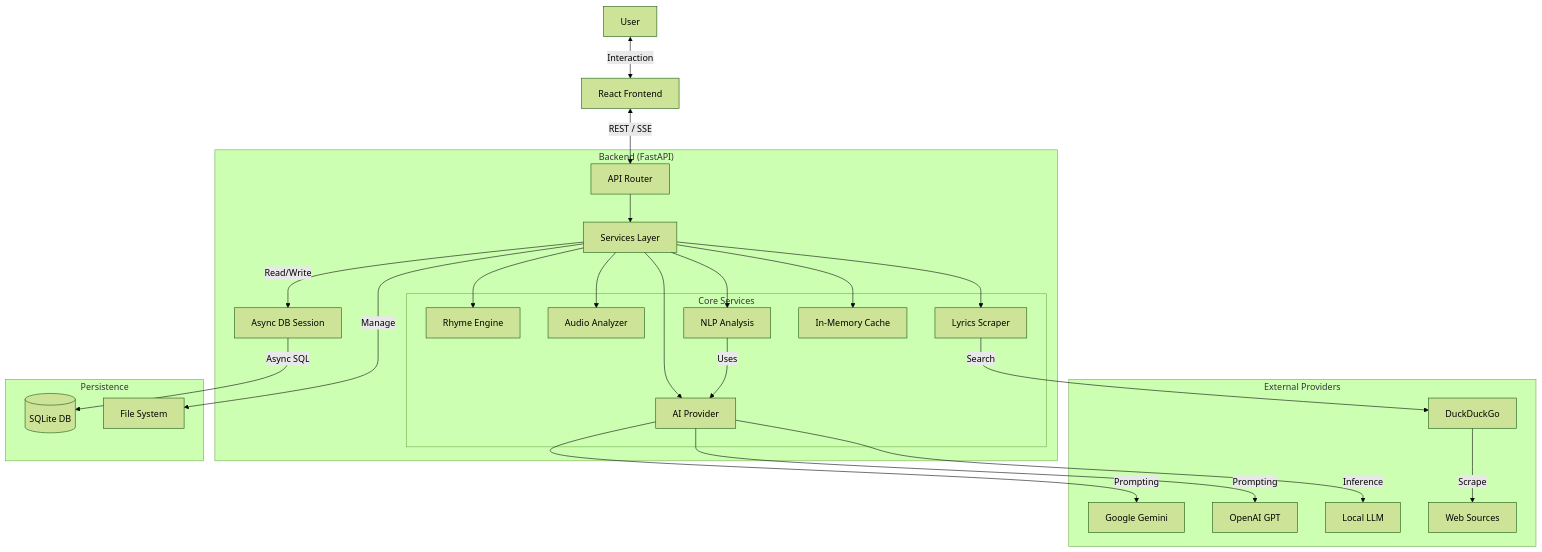
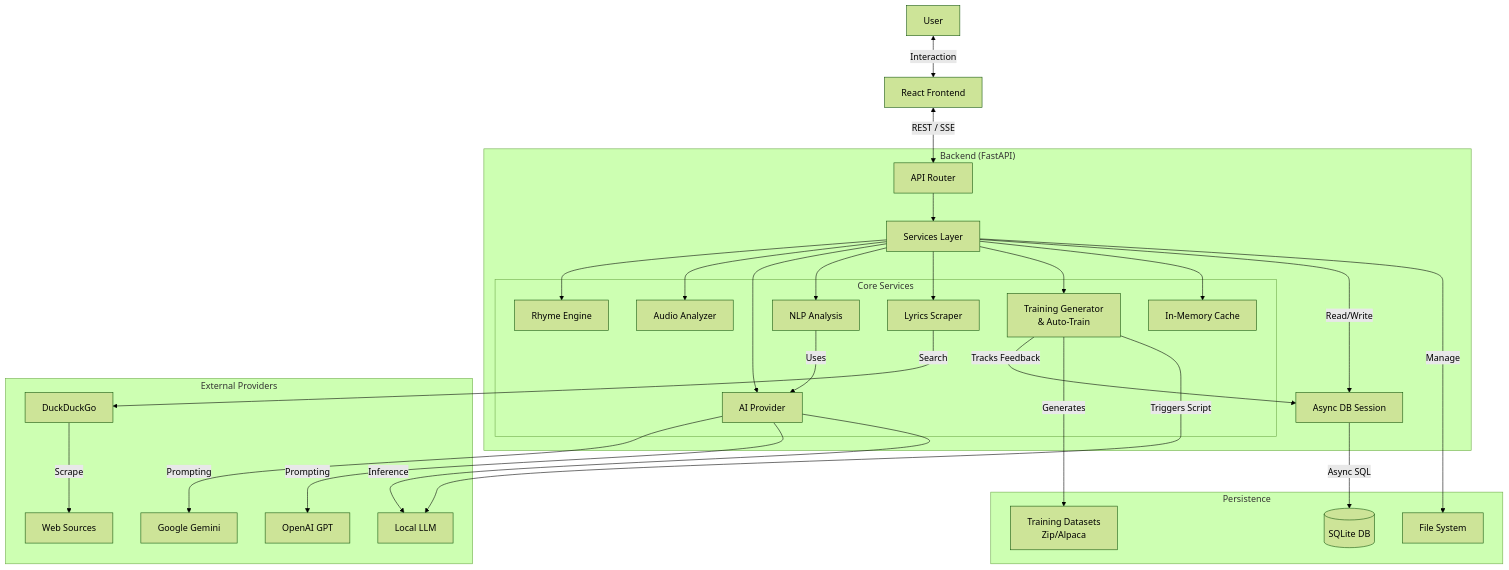
Before and after one commit to ChiragNSundar/VibeLyrics: the diagram in README.md, drawn with Mermaid (forest theme). The commit also changed other lines of this file and 8 other files, not shown here.

````diff
--- a/README.md
+++ b/README.md
@@ -108,57 +114,63 @@
 ```mermaid
 graph TD
     Client[React Frontend]
     User[User]
     
     subgraph "Backend (FastAPI)"
         API[API Router]
         Services[Services Layer]
         DB_Layer[Async DB Session]
         
         subgraph "Core Services"
             Rhyme[Rhyme Engine]
             Audio[Audio Analyzer]
             AI_Service[AI Provider]
             NLP[NLP Analysis]
             Scraper[Lyrics Scraper]
+            Training[Training Generator\n& Auto-Train]
             Cache[In-Memory Cache]
         end
     end
     
     subgraph "External Providers"
         Gemini[Google Gemini]
         OpenAI[OpenAI GPT]
         LMStudio[Local LLM]
         Duck[DuckDuckGo]
         Web[Web Sources]
     end
     
     subgraph "Persistence"
         SQLite[(SQLite DB)]
         Files[File System]
+        Export[Training Datasets\nZip/Alpaca]
     end
 
     User <-->|Interaction| Client
     Client <-->|REST / SSE| API
     
     API --> Services
     
     Services --> Rhyme
     Services --> Audio
     Services --> AI_Service
     Services --> NLP
     Services --> Scraper
+    Services --> Training
     Services --> Cache
     
     NLP -->|Uses| AI_Service
+    Training -->|Tracks Feedback| DB_Layer
+    Training -->|Generates| Export
+    Training -->|Triggers Script| LMStudio
     
     AI_Service -->|Prompting| Gemini
     AI_Service -->|Prompting| OpenAI
     AI_Service -->|Inference| LMStudio
     Scraper -->|Search| Duck
     Duck -->|Scrape| Web
     
     Services -->|Read/Write| DB_Layer
     DB_Layer -->|Async SQL| SQLite
     Services -->|Manage| Files
 ```
````
